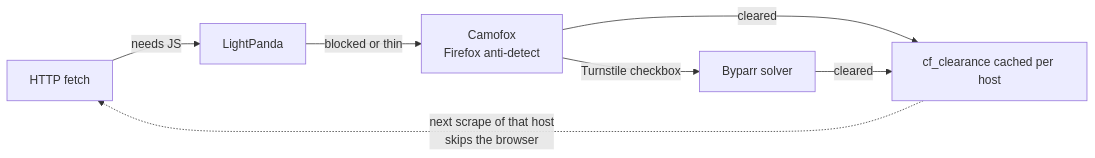
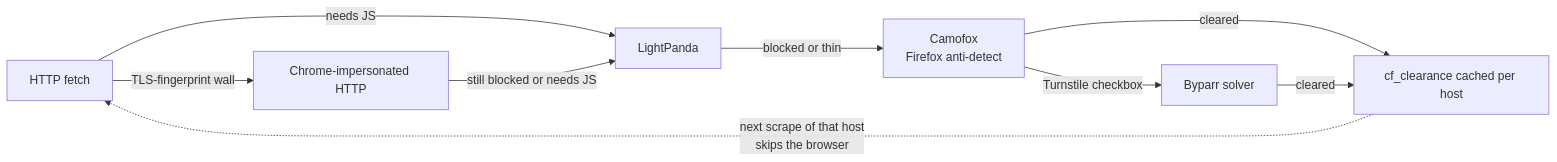
Before and after one commit to adambenhassen/crw-camofox: the diagram in README.md, drawn with Mermaid. The commit also changed other lines of this file and 4 other files, not shown here.

Commit message:
docs: describe the Chrome-impersonated HTTP tier

````diff
--- a/README.md
+++ b/README.md
@@ -51,9 +51,11 @@
 ```mermaid
 flowchart LR
-    A[HTTP fetch] -->|needs JS| B[LightPanda]
+    A[HTTP fetch] -->|TLS-fingerprint wall| A2[Chrome-impersonated HTTP]
+    A -->|needs JS| B[LightPanda]
+    A2 -->|still blocked or needs JS| B
     B -->|blocked or thin| C[Camofox<br/>Firefox anti-detect]
     C -->|Turnstile checkbox| D[Byparr solver]
     C -->|cleared| E[cf_clearance cached per host]
     D -->|cleared| E
     E -.->|next scrape of that host<br/>skips the browser| A
 ```
````
